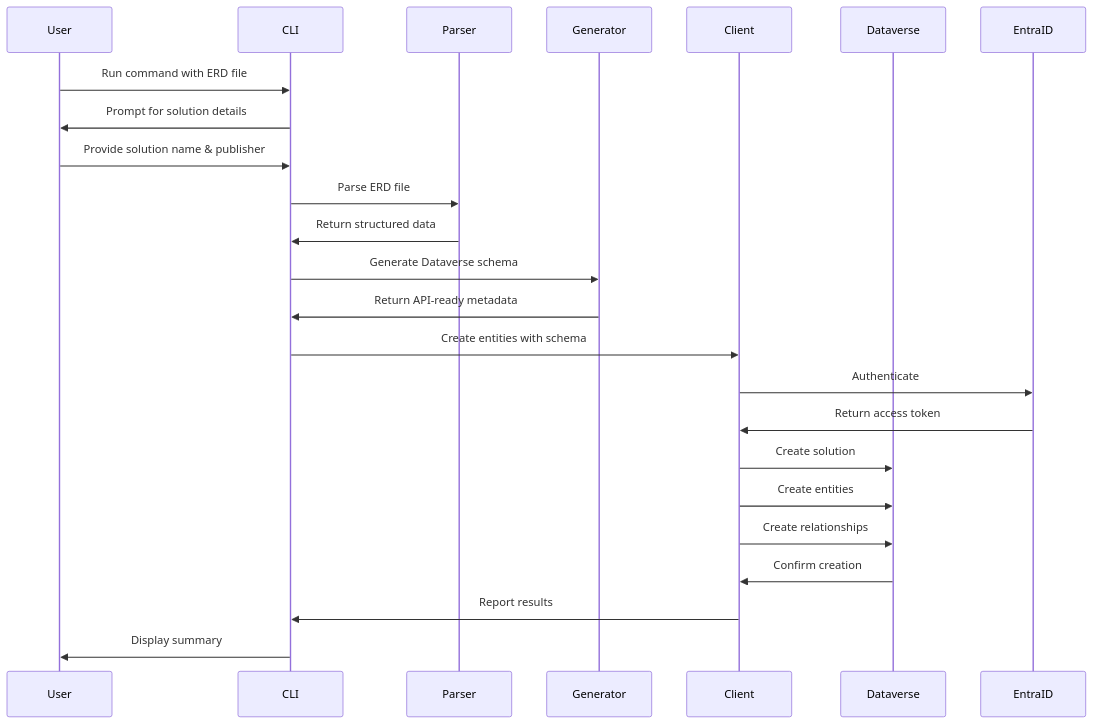
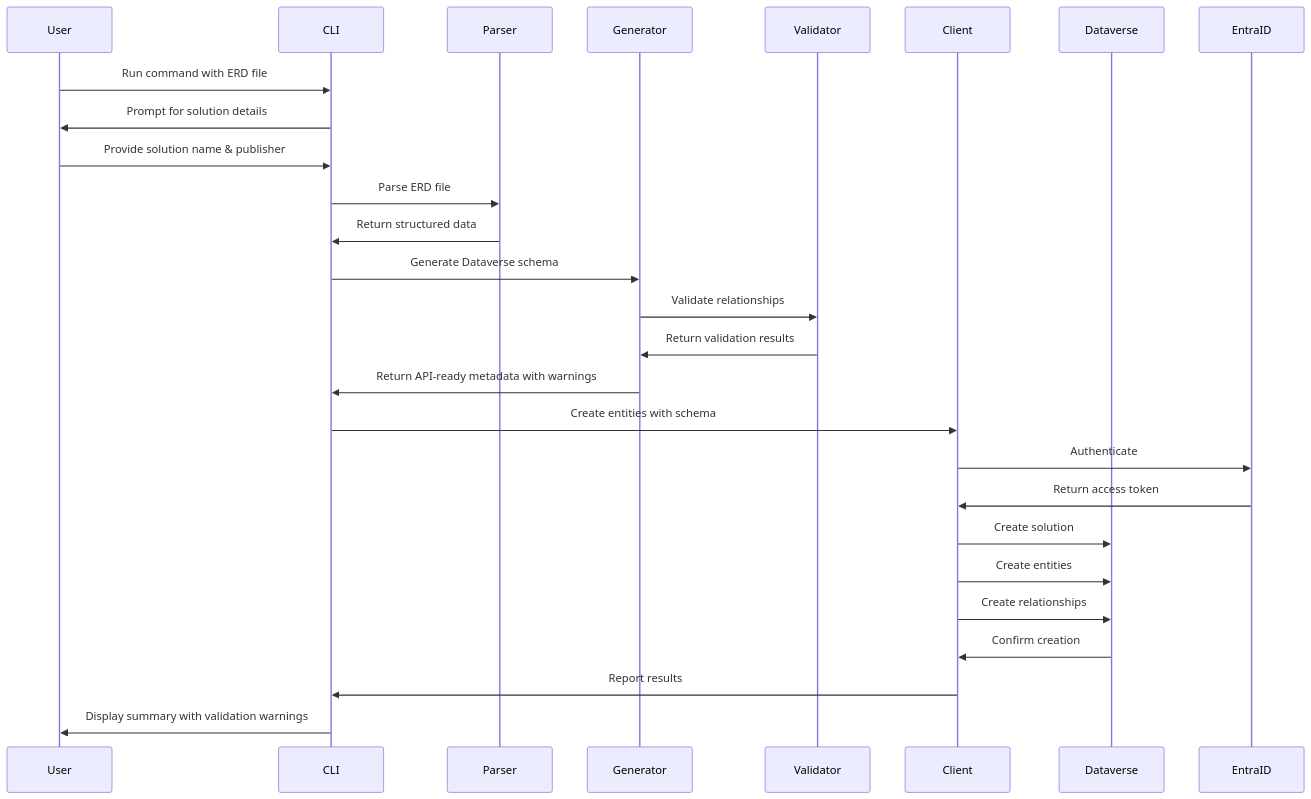
Before and after one commit to LuiseFreese/mermaid: the second of 3 diagrams in docs/ARCHITECTURE.md, drawn with Mermaid. The commit also changed other lines of this file and 12 other files, not shown here.

````diff
--- a/docs/ARCHITECTURE.md
+++ b/docs/ARCHITECTURE.md
@@ -34,27 +40,30 @@
 ```mermaid
 sequenceDiagram
     participant User
     participant CLI
     participant Parser
     participant Generator
+    participant Validator
     participant Client
     participant Dataverse
     participant EntraID
 
     User->>CLI: Run command with ERD file
     CLI->>User: Prompt for solution details
     User->>CLI: Provide solution name & publisher
     CLI->>Parser: Parse ERD file
     Parser->>CLI: Return structured data
     CLI->>Generator: Generate Dataverse schema
-    Generator->>CLI: Return API-ready metadata
+    Generator->>Validator: Validate relationships
+    Validator->>Generator: Return validation results
+    Generator->>CLI: Return API-ready metadata with warnings
     CLI->>Client: Create entities with schema
     Client->>EntraID: Authenticate
     EntraID->>Client: Return access token
     Client->>Dataverse: Create solution
     Client->>Dataverse: Create entities
     Client->>Dataverse: Create relationships
     Dataverse->>Client: Confirm creation
     Client->>CLI: Report results
-    CLI->>User: Display summary
+    CLI->>User: Display summary with validation warnings
 ```
````
